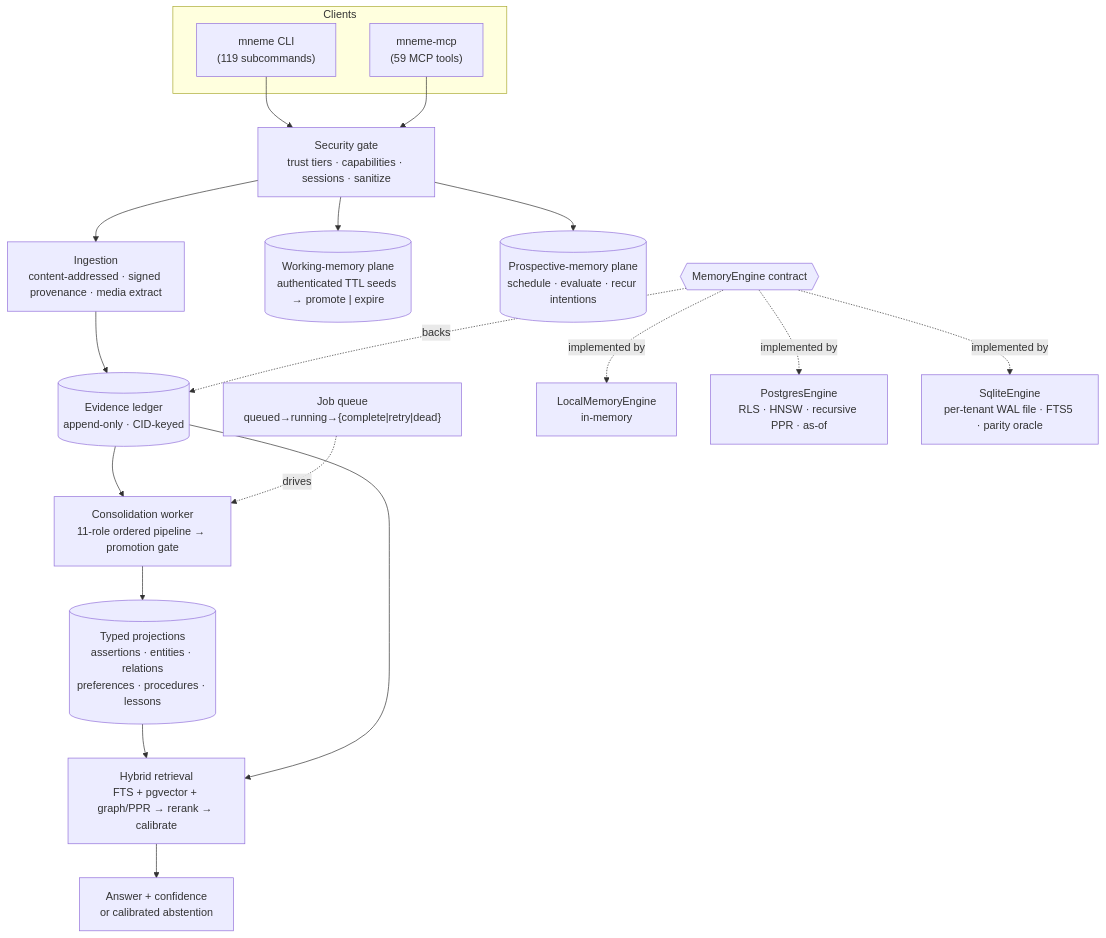
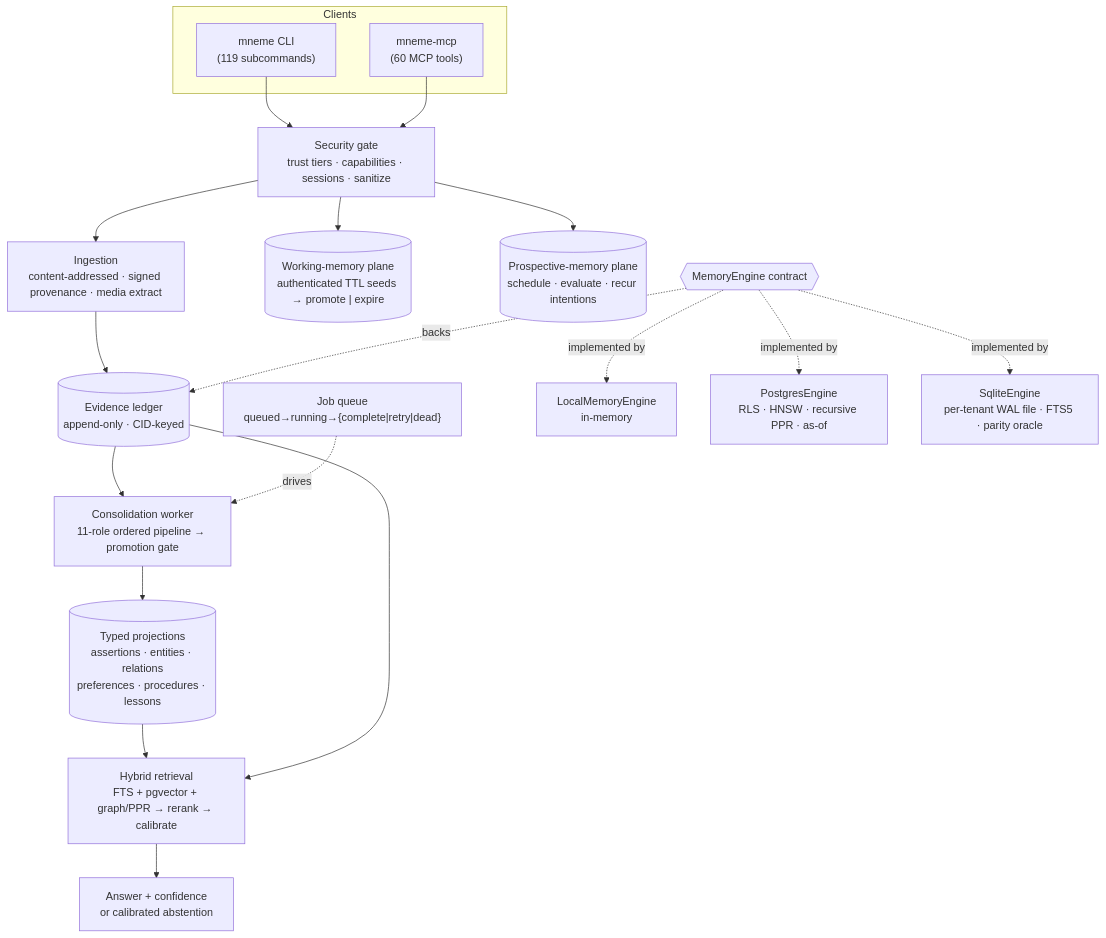
The diagram in README.md (onfire7777/Mnemosyne), drawn with Mermaid before and after one commit. The commit also changed other lines of this file and 9 other files, not shown here.

````diff
--- a/README.md
+++ b/README.md
@@ -44,23 +44,23 @@
 ```mermaid
 flowchart TD
     subgraph Clients
       CLI["mneme CLI<br/>(119 subcommands)"]
-      MCP["mneme-mcp<br/>(59 MCP tools)"]
+      MCP["mneme-mcp<br/>(60 MCP tools)"]
     end
     CLI --> SEC
     MCP --> SEC
     SEC["Security gate<br/>trust tiers · capabilities · sessions · sanitize"] --> ING["Ingestion<br/>content-addressed · signed provenance · media extract"]
     ING --> EV[("Evidence ledger<br/>append-only · CID-keyed")]
     EV --> CONS["Consolidation worker<br/>11-role ordered pipeline → promotion gate"]
     CONS --> PROJ[("Typed projections<br/>assertions · entities · relations<br/>preferences · procedures · lessons")]
     Q["Job queue<br/>queued→running→{complete|retry|dead}"] -.drives.-> CONS
     PROJ --> RET["Hybrid retrieval<br/>FTS + pgvector + graph/PPR → rerank → calibrate"]
     EV --> RET
     RET --> ANS["Answer + confidence<br/>or calibrated abstention"]
     SEC --> WORK[("Working-memory plane<br/>authenticated TTL seeds → promote | expire")]
     SEC --> PROSP[("Prospective-memory plane<br/>schedule · evaluate · recur intentions")]
     ENGINE{{"MemoryEngine contract"}} -.backs.-> EV
     ENGINE -.implemented by.-> LOCAL["LocalMemoryEngine<br/>in-memory"]
     ENGINE -.implemented by.-> PG["PostgresEngine<br/>RLS · HNSW · recursive PPR · as-of"]
     ENGINE -.implemented by.-> SQLITE["SqliteEngine<br/>per-tenant WAL file · FTS5 · parity oracle"]
 ```
````
